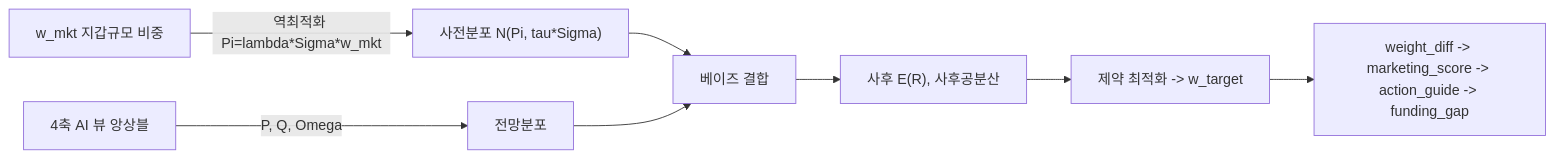
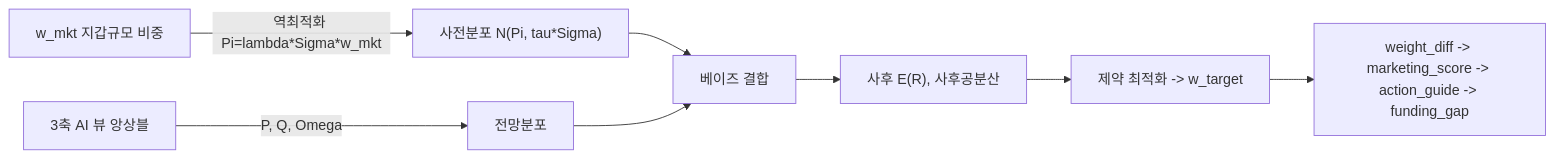
One commit to blunderblus/black_litterman_project changed the first of 3 diagrams in docs/design/03-bl-model-design.md. Above: the diagram before and after it, drawn with Mermaid. The commit also changed other lines of this file and 26 other files, not shown here.

````diff
--- a/docs/design/03-bl-model-design.md
+++ b/docs/design/03-bl-model-design.md
@@ -70,10 +70,10 @@
 ```mermaid
 flowchart LR
   MKT["w_mkt 지갑규모 비중"] -->|역최적화 Pi=lambda*Sigma*w_mkt| PRIOR["사전분포 N(Pi, tau*Sigma)"]
-  AI["4축 AI 뷰 앙상블"] -->|P, Q, Omega| VIEW["전망분포"]
+  AI["3축 AI 뷰 앙상블"] -->|P, Q, Omega| VIEW["전망분포"]
   PRIOR --> BAYES["베이즈 결합"]
   VIEW --> BAYES
   BAYES --> POST["사후 E(R), 사후공분산"]
   POST --> OPT["제약 최적화 -> w_target"]
   OPT --> OUT["weight_diff -> marketing_score -> action_guide -> funding_gap"]
 ```
````
